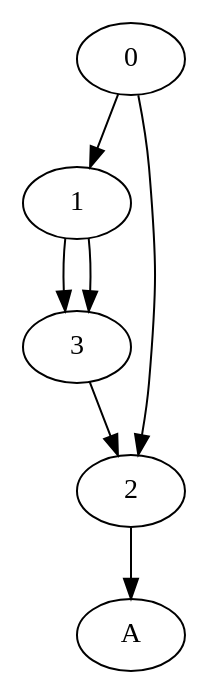
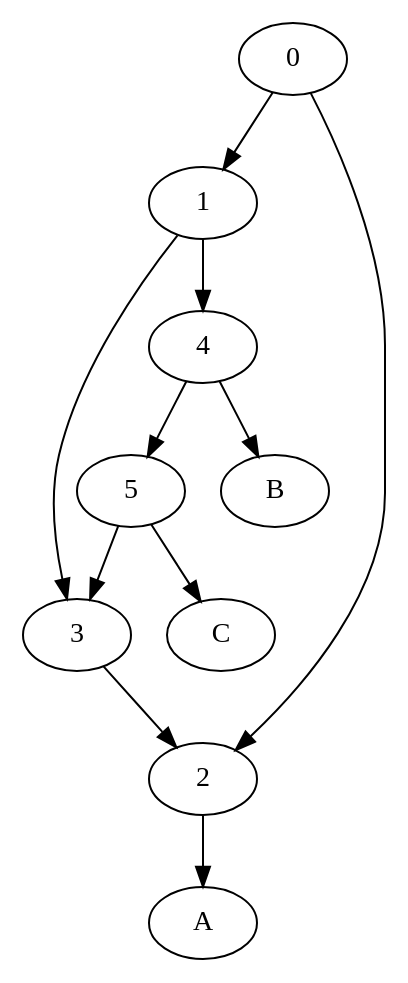
Before and after one commit to KSjors/TriL2Net: the diagram in Digraph.gv, drawn with Graphviz. The commit also changed 5 other files, not shown here.

```diff
--- a/Digraph.gv
+++ b/Digraph.gv
@@ -1,8 +1,12 @@
 digraph {
 	0 -> 1
 	0 -> 2
 	1 -> 3
+	1 -> 4
 	2 -> A
 	3 -> 2
-	1 -> 3
+	4 -> 5
+	4 -> B
+	5 -> 3
+	5 -> C
 }
```
